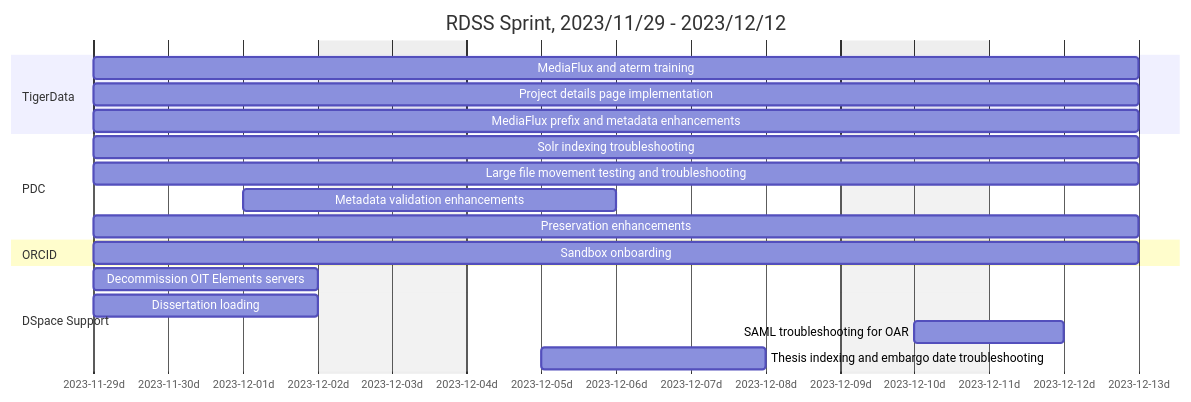
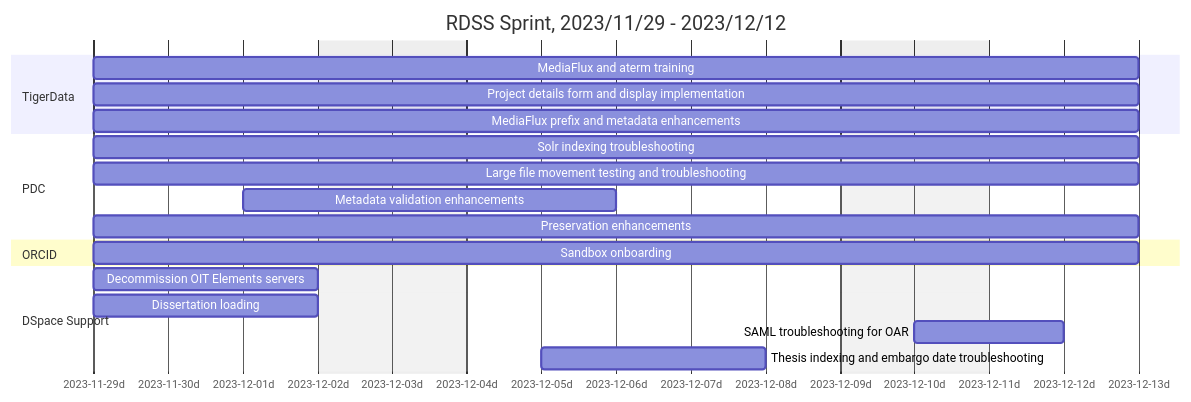
One commit to pulibrary/rdss-handbook changed the fourth of 38 diagrams in roadmap.md. Above: the diagram before and after it, drawn with Mermaid. The commit also changed other lines of this file, not shown here.

````diff
--- a/roadmap.md
+++ b/roadmap.md
@@ -57,23 +69,23 @@
 ```mermaid
 gantt
     title RDSS Sprint, 2023/11/29 - 2023/12/12
     axisFormat  %Y-%m-%dd
     dateformat YYYY-MM-DD
     excludes weekends
     section TigerData
     MediaFlux and aterm training: td1, 2023-11-29, 10d
-    Project details page implementation: td2, 2023-11-29, 10d
+    Project details form and display implementation: td2, 2023-11-29, 10d
     MediaFlux prefix and metadata enhancements: td4, 2023-11-29, 10d
     section PDC
     Solr indexing troubleshooting: pdc1, 2023-11-29, 10d
     Large file movement testing and troubleshooting: pdc2, 2023-11-29, 10d
     Metadata validation enhancements: pdc3, 2023-12-01, 3d
     Preservation enhancements: pdc4, 2023-11-29, 10d
     section ORCID
     Sandbox onboarding: op1, 2023-11-29, 10d  
     section DSpace Support
     Decommission OIT Elements servers: dsp1, 2023-11-29, 3d
     Dissertation loading: dsp4, 2023-11-29, 3d
     SAML troubleshooting for OAR: dsp2, 2023-12-10, 2d
     Thesis indexing and embargo date troubleshooting: dsp3, 2023-12-05, 3d
 ```
````
